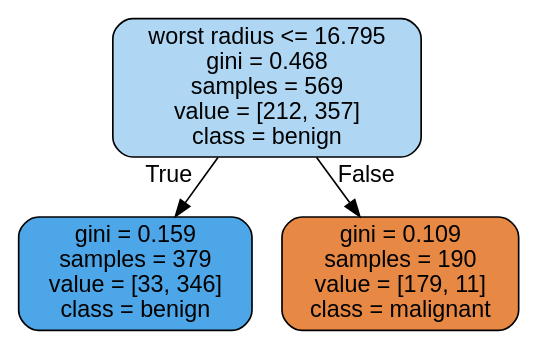
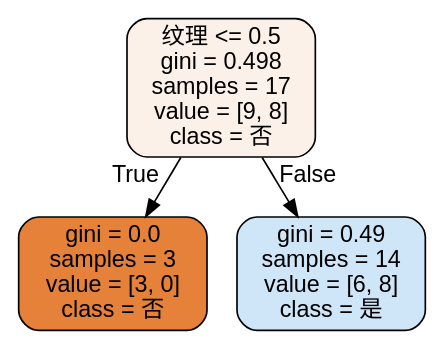
One commit to Gabenoob/SecML changed the diagram in 实验四-决策树/tree.dot. Above: the diagram before and after it, drawn with Graphviz. The commit also changed 9 other files, not shown here.

```diff
--- a/实验四-决策树/tree.dot
+++ b/实验四-决策树/tree.dot
@@ -1,9 +1,9 @@
 digraph Tree {
-node [shape=box, style="filled, rounded", color="black", fontname=helvetica] ;
-edge [fontname=helvetica] ;
-0 [label="worst radius <= 16.795\ngini = 0.468\nsamples = 569\nvalue = [212, 357]\nclass = benign", fillcolor="#afd7f4"] ;
-1 [label="gini = 0.159\nsamples = 379\nvalue = [33, 346]\nclass = benign", fillcolor="#4ca6e7"] ;
+node [shape=box, style="filled, rounded", color="black", fontname="helvetica"] ;
+edge [fontname="helvetica"] ;
+0 [label="纹理 <= 0.5\ngini = 0.498\nsamples = 17\nvalue = [9, 8]\nclass = 否", fillcolor="#fcf1e9"] ;
+1 [label="gini = 0.0\nsamples = 3\nvalue = [3, 0]\nclass = 否", fillcolor="#e58139"] ;
 0 -> 1 [labeldistance=2.5, labelangle=45, headlabel="True"] ;
-2 [label="gini = 0.109\nsamples = 190\nvalue = [179, 11]\nclass = malignant", fillcolor="#e78945"] ;
+2 [label="gini = 0.49\nsamples = 14\nvalue = [6, 8]\nclass = 是", fillcolor="#cee6f8"] ;
 0 -> 2 [labeldistance=2.5, labelangle=-45, headlabel="False"] ;
 }
```
